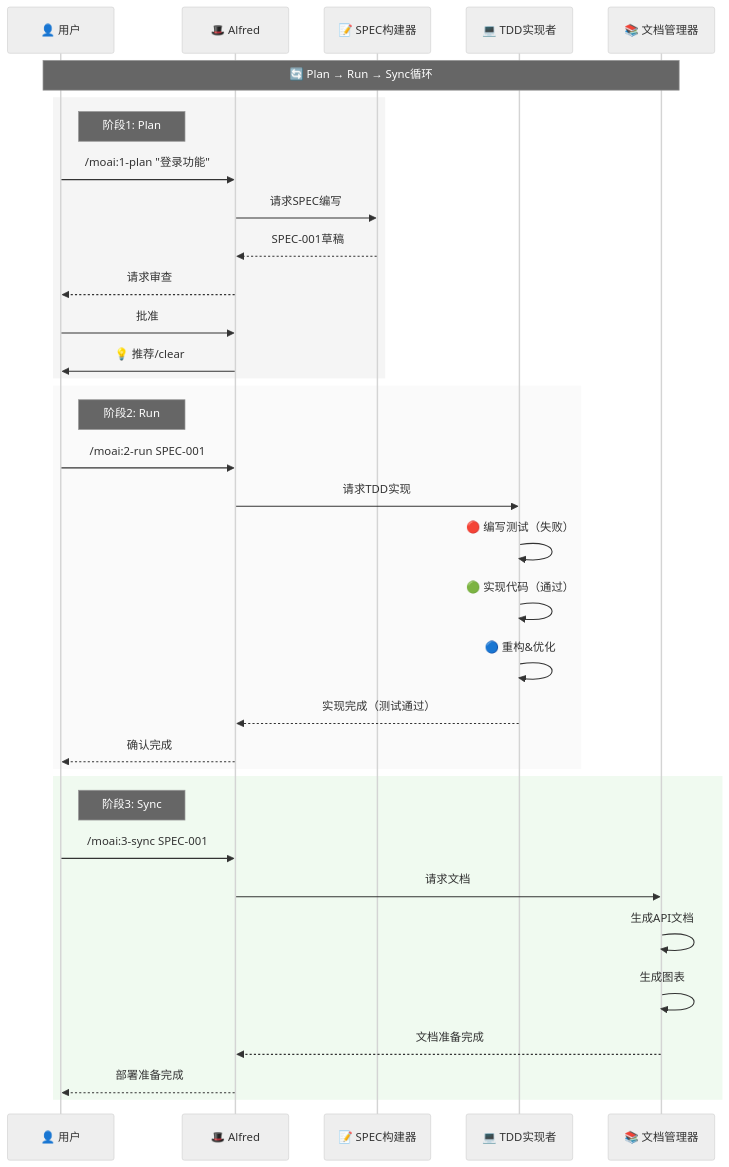
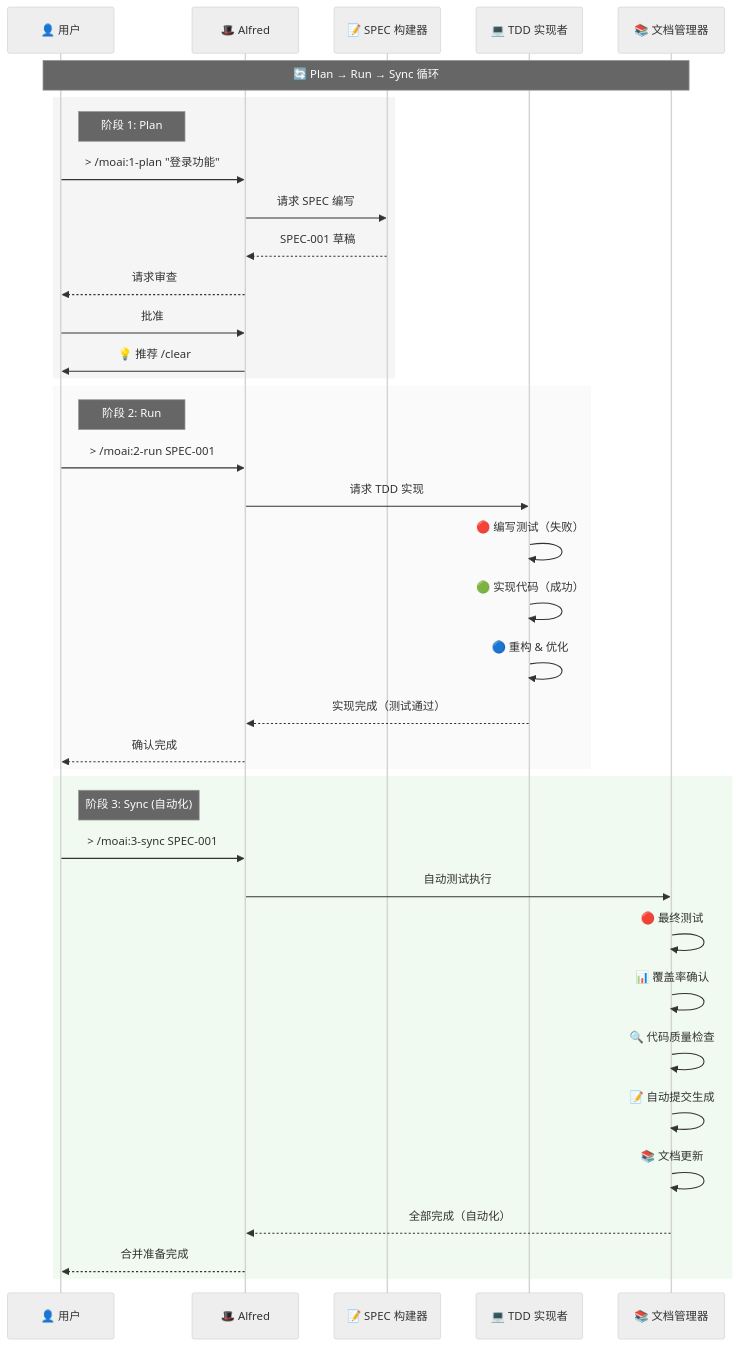
The second of 5 diagrams in README.zh.md (modu-ai/moai-adk), drawn with Mermaid (neutral theme) before and after one commit. The commit also changed other lines of this file and 20 other files, not shown here.

````diff
--- a/README.zh.md
+++ b/README.zh.md
@@ -382,41 +439,44 @@
 ```mermaid
 sequenceDiagram
     participant U as 👤 用户
     participant A as 🎩 Alfred
-    participant S as 📝 SPEC构建器
-    participant T as 💻 TDD实现者
+    participant S as 📝 SPEC 构建器
+    participant T as 💻 TDD 实现者
     participant D as 📚 文档管理器
 
-    Note over U,D: 🔄 Plan → Run → Sync循环
+    Note over U,D: 🔄 Plan → Run → Sync 循环
 
     rect rgb(245, 245, 245)
-        Note right of U: 阶段1: Plan
-        U->>A: /moai:1-plan "登录功能"
-        A->>S: 请求SPEC编写
-        S-->>A: SPEC-001草稿
+        Note right of U: 阶段 1: Plan
+        U->>A: > /moai:1-plan "登录功能"
+        A->>S: 请求 SPEC 编写
+        S-->>A: SPEC-001 草稿
         A-->>U: 请求审查
         U->>A: 批准
-        A->>U: 💡 推荐/clear
+        A->>U: 💡 推荐 /clear
     end
 
     rect rgb(250, 250, 250)
-        Note right of U: 阶段2: Run
-        U->>A: /moai:2-run SPEC-001
-        A->>T: 请求TDD实现
+        Note right of U: 阶段 2: Run
+        U->>A: > /moai:2-run SPEC-001
+        A->>T: 请求 TDD 实现
         T->>T: 🔴 编写测试（失败）
-        T->>T: 🟢 实现代码（通过）
-        T->>T: 🔵 重构&优化
+        T->>T: 🟢 实现代码（成功）
+        T->>T: 🔵 重构 & 优化
         T-->>A: 实现完成（测试通过）
         A-->>U: 确认完成
     end
 
     rect rgb(240, 250, 240)
-        Note right of U: 阶段3: Sync
-        U->>A: /moai:3-sync SPEC-001
-        A->>D: 请求文档
-        D->>D: 生成API文档
-        D->>D: 生成图表
-        D-->>A: 文档准备完成
-        A-->>U: 部署准备完成
+        Note right of U: 阶段 3: Sync (自动化)
+        U->>A: > /moai:3-sync SPEC-001
+        A->>D: 自动测试执行
+        D->>D: 🔴 最终测试
+        D->>D: 📊 覆盖率确认
+        D->>D: 🔍 代码质量检查
+        D->>D: 📝 自动提交生成
+        D->>D: 📚 文档更新
+        D-->>A: 全部完成（自动化）
+        A-->>U: 合并准备完成
     end
 ```
````
